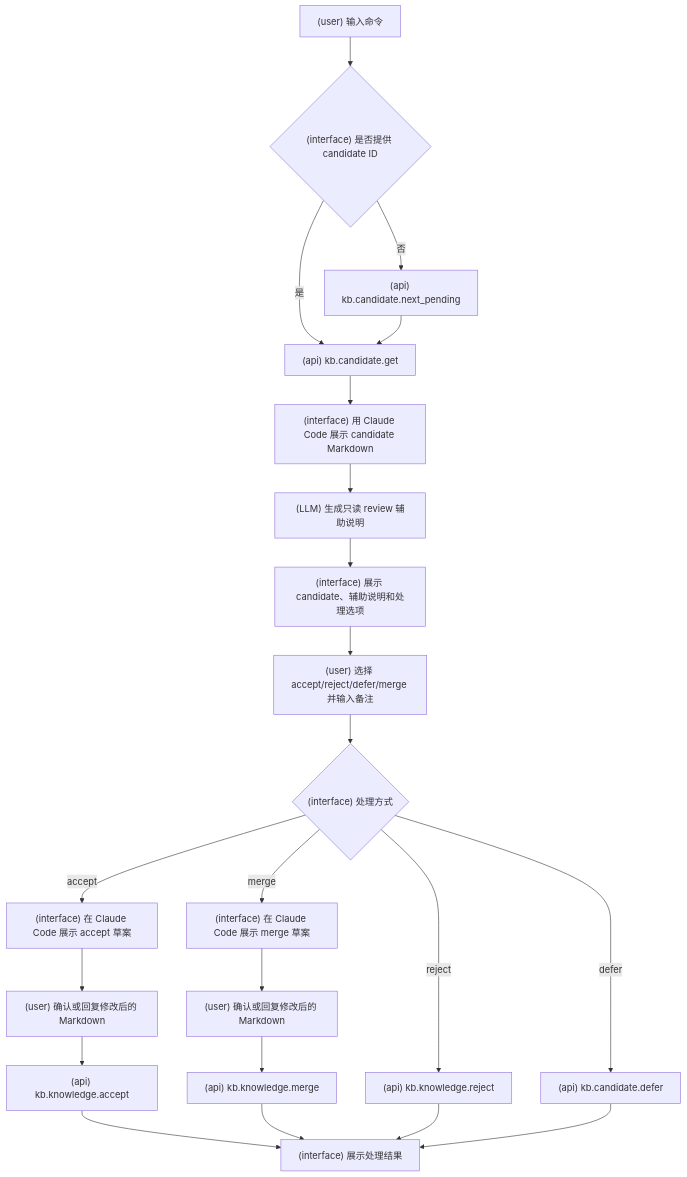
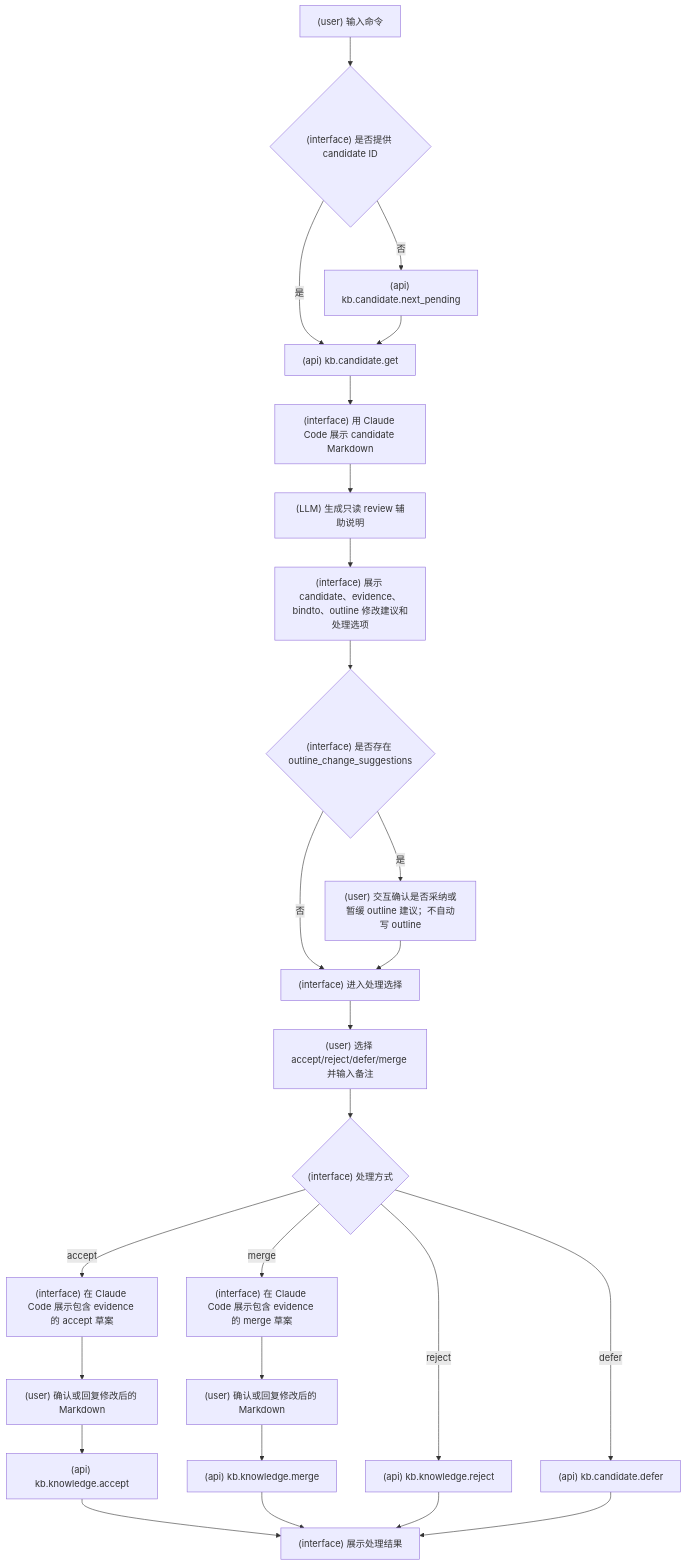
One commit to srangerme/KBManager changed the first of 17 diagrams in docs/SlashCommand流程图.md. Above: the diagram before and after it, drawn with Mermaid. The commit also changed other lines of this file and 27 other files, not shown here.

````diff
--- a/docs/SlashCommand流程图.md
+++ b/docs/SlashCommand流程图.md
@@ -13,24 +31,28 @@
 ```mermaid
 flowchart TD
   A["(user) 输入命令"] --> B{"(interface) 是否提供 candidate ID"}
   B -- 否 --> C["(api) kb.candidate.next_pending"]
   B -- 是 --> D["(api) kb.candidate.get"]
   C --> D
   D --> E["(interface) 用 Claude Code 展示 candidate Markdown"]
   E --> F["(LLM) 生成只读 review 辅助说明"]
-  F --> G["(interface) 展示 candidate、辅助说明和处理选项"]
-  G --> H["(user) 选择 accept/reject/defer/merge 并输入备注"]
-  H --> I{"(interface) 处理方式"}
-  I -- accept --> J["(interface) 在 Claude Code 展示 accept 草案"]
-  J --> K["(user) 确认或回复修改后的 Markdown"]
-  K --> L["(api) kb.knowledge.accept"]
-  I -- merge --> M["(interface) 在 Claude Code 展示 merge 草案"]
+  F --> G["(interface) 展示 candidate、evidence、bindto、outline 修改建议和处理选项"]
+  G --> H{"(interface) 是否存在 outline_change_suggestions"}
+  H -- 是 --> I["(user) 交互确认是否采纳或暂缓 outline 建议；不自动写 outline"]
+  H -- 否 --> J["(interface) 进入处理选择"]
+  I --> J
+  J --> K["(user) 选择 accept/reject/defer/merge 并输入备注"]
+  K --> L{"(interface) 处理方式"}
+  L -- accept --> M["(interface) 在 Claude Code 展示包含 evidence 的 accept 草案"]
   M --> N["(user) 确认或回复修改后的 Markdown"]
-  N --> O["(api) kb.knowledge.merge"]
-  I -- reject --> Q["(api) kb.knowledge.reject"]
-  I -- defer --> R["(api) kb.candidate.defer"]
-  L --> P["(interface) 展示处理结果"]
-  O --> P
-  Q --> P
-  R --> P
+  N --> O["(api) kb.knowledge.accept"]
+  L -- merge --> P["(interface) 在 Claude Code 展示包含 evidence 的 merge 草案"]
+  P --> Q["(user) 确认或回复修改后的 Markdown"]
+  Q --> R["(api) kb.knowledge.merge"]
+  L -- reject --> S["(api) kb.knowledge.reject"]
+  L -- defer --> T["(api) kb.candidate.defer"]
+  O --> U["(interface) 展示处理结果"]
+  R --> U
+  S --> U
+  T --> U
 ```
````
